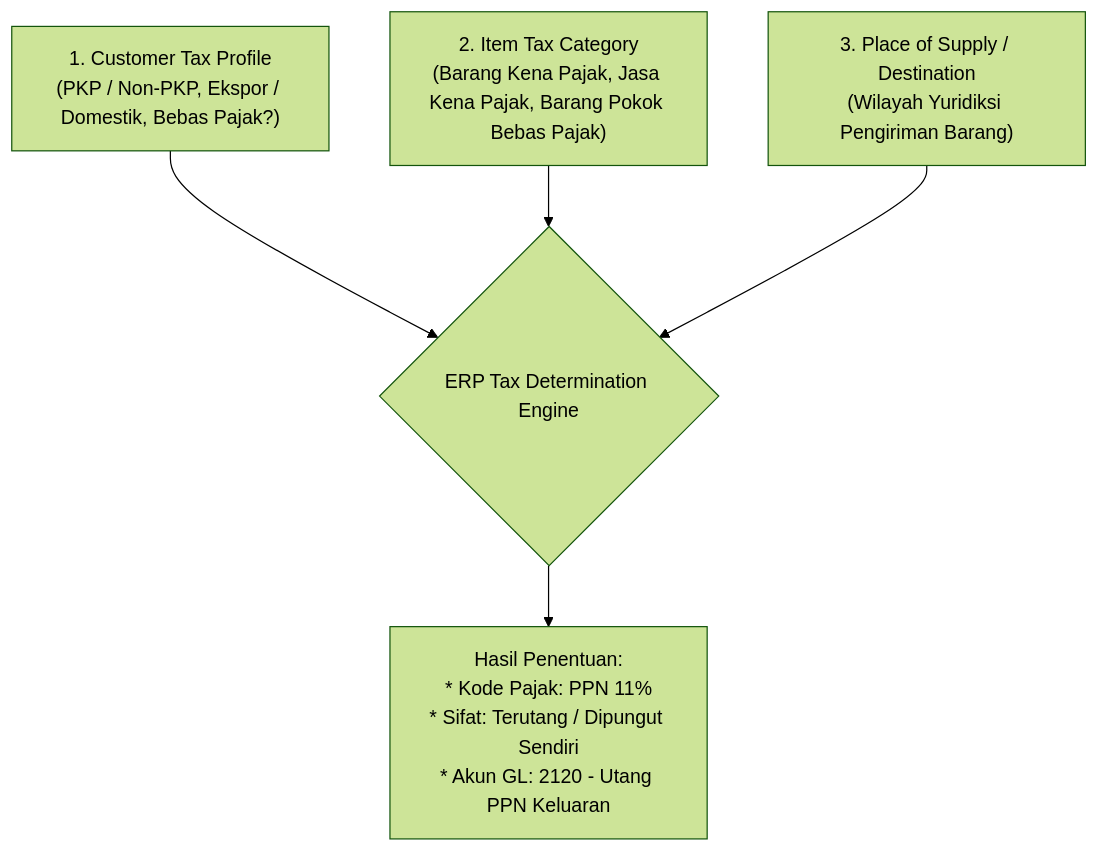
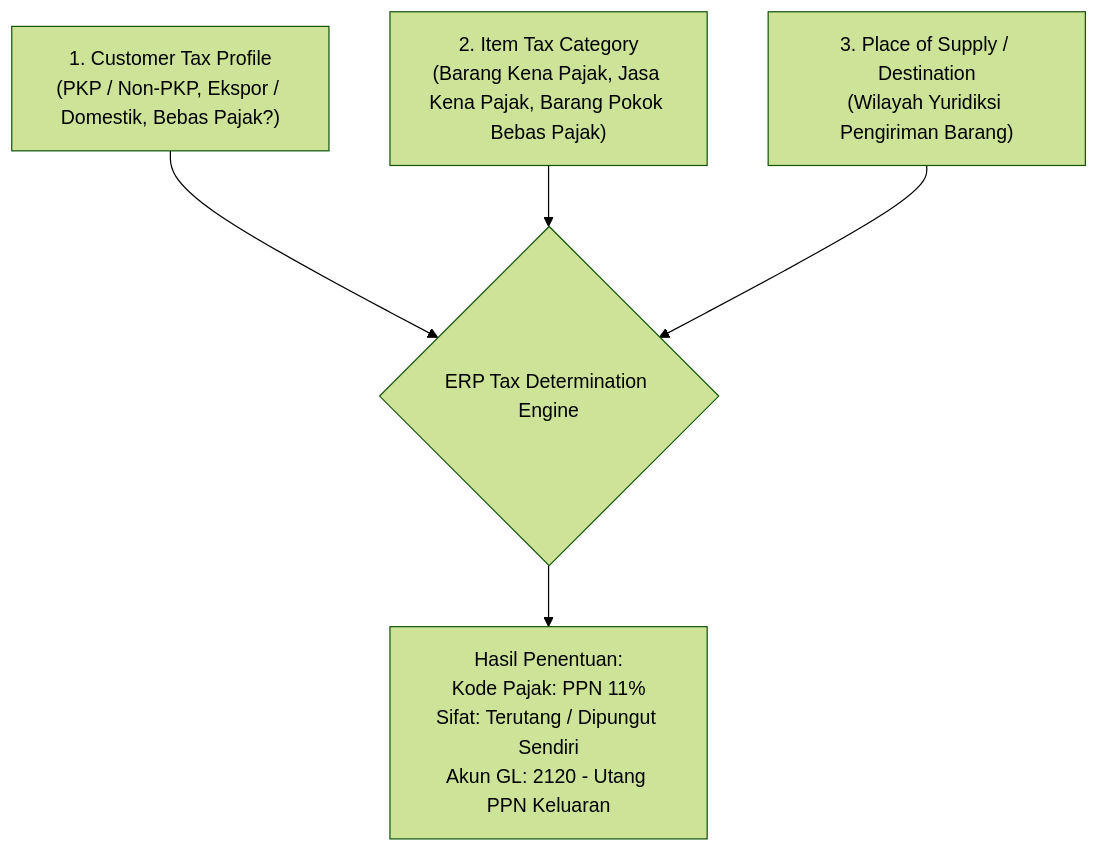
One commit to alimurrofid/erp-notes changed the diagram in content/03-sales/sales-tax.md. Above: the diagram before and after it, drawn with Mermaid (forest theme). The commit also changed 59 other files, not shown here.

Commit message:
fix(content):enter character mermaid

````diff
--- a/content/03-sales/sales-tax.md
+++ b/content/03-sales/sales-tax.md
@@ -28,13 +28,13 @@
 ```mermaid
 flowchart TD
-    Cust["1. Customer Tax Profile\n(PKP / Non-PKP, Ekspor / Domestik, Bebas Pajak?)"] 
+    Cust["1. Customer Tax Profile<br/>(PKP / Non-PKP, Ekspor / Domestik, Bebas Pajak?)"] 
     --> Engine{"ERP Tax Determination Engine"}
     
-    Item["2. Item Tax Category\n(Barang Kena Pajak, Jasa Kena Pajak, Barang Pokok Bebas Pajak)"] 
+    Item["2. Item Tax Category<br/>(Barang Kena Pajak, Jasa Kena Pajak, Barang Pokok Bebas Pajak)"] 
     --> Engine
     
-    Loc["3. Place of Supply / Destination\n(Wilayah Yuridiksi Pengiriman Barang)"] 
+    Loc["3. Place of Supply / Destination<br/>(Wilayah Yuridiksi Pengiriman Barang)"] 
     --> Engine
 
-    Engine --> Result["Hasil Penentuan:\n* Kode Pajak: PPN 11%\n* Sifat: Terutang / Dipungut Sendiri\n* Akun GL: 2120 - Utang PPN Keluaran"]
+    Engine --> Result["Hasil Penentuan:<br/>Kode Pajak: PPN 11%<br/>Sifat: Terutang / Dipungut Sendiri<br/>Akun GL: 2120 - Utang PPN Keluaran"]
 ```
````
